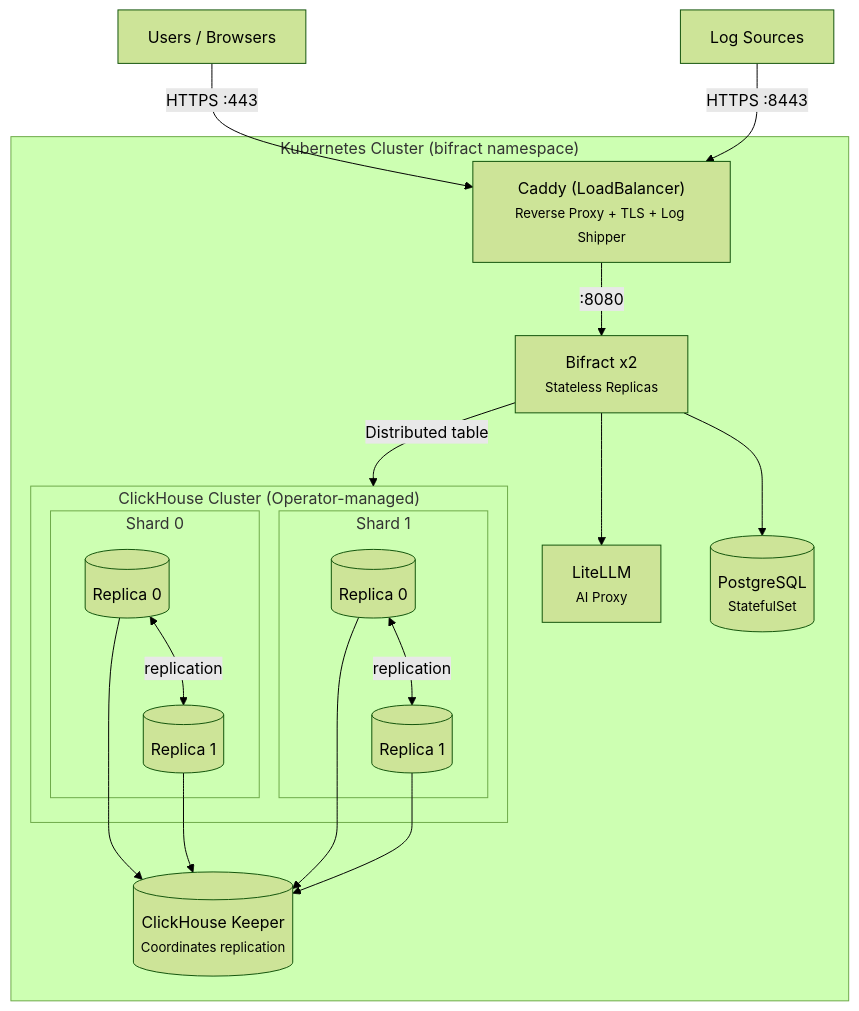
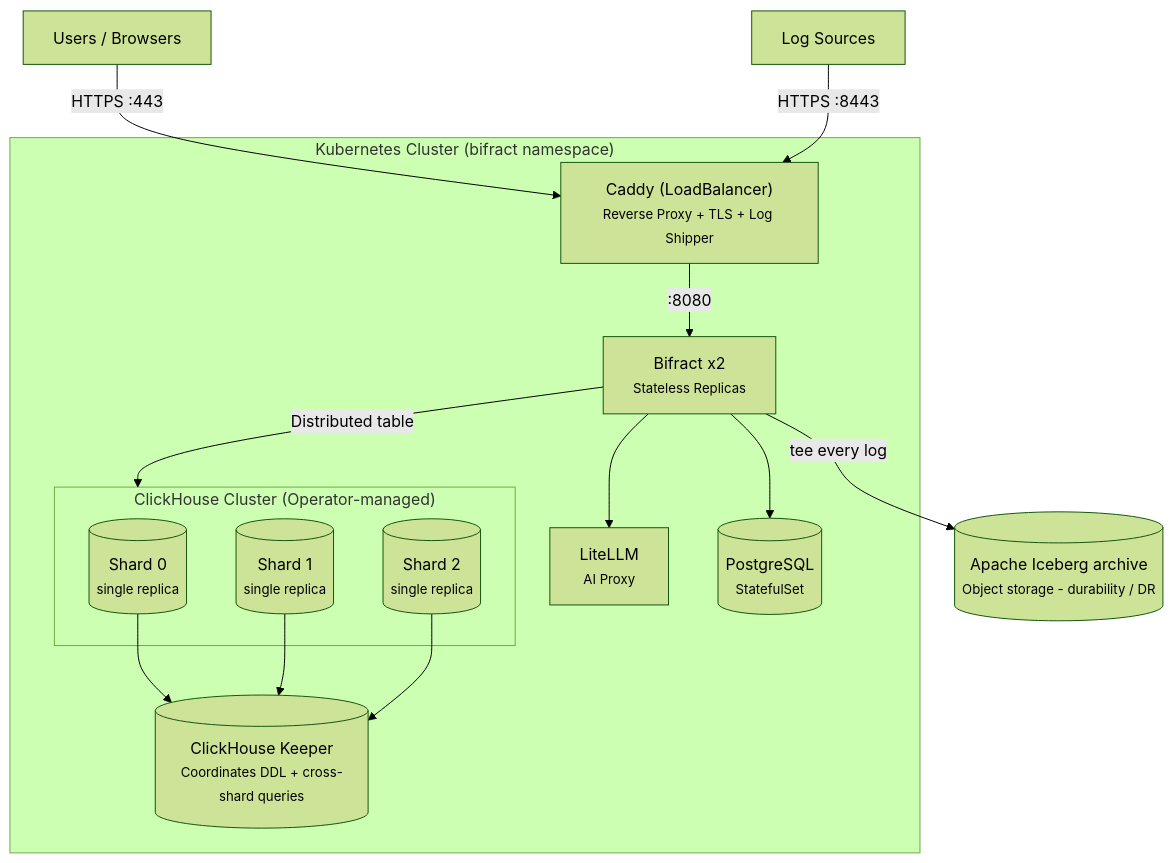
Before and after one commit to zaneGittins/bifract: the diagram in docs/getting-started/kubernetes.md, drawn with Mermaid (forest theme). The commit also changed other lines of this file and 99 other files, not shown here.

Commit message:
Schema changes from raw_log to norm_log, and apache iceberg/parquet to object storage for DR

````diff
--- a/docs/getting-started/kubernetes.md
+++ b/docs/getting-started/kubernetes.md
@@ -16,35 +16,31 @@
 ```mermaid
 graph TB
     users["Users / Browsers"]
     sources["Log Sources"]
 
     subgraph k8s ["Kubernetes Cluster (bifract namespace)"]
         caddy["Caddy (LoadBalancer)<br/><small>Reverse Proxy + TLS + Log Shipper</small>"]
         bifract["Bifract x2<br/><small>Stateless Replicas</small>"]
         litellm["LiteLLM<br/><small>AI Proxy</small>"]
         pg[("PostgreSQL<br/><small>StatefulSet</small>")]
 
         subgraph ch ["ClickHouse Cluster (Operator-managed)"]
-            subgraph shard0 ["Shard 0"]
-                ch0r0[("Replica 0")]
-                ch0r1[("Replica 1")]
-            end
-            subgraph shard1 ["Shard 1"]
-                ch1r0[("Replica 0")]
-                ch1r1[("Replica 1")]
-            end
+            shard0[("Shard 0<br/><small>single replica</small>")]
+            shard1[("Shard 1<br/><small>single replica</small>")]
+            shard2[("Shard 2<br/><small>single replica</small>")]
         end
 
-        keeper[("ClickHouse Keeper<br/><small>Coordinates replication</small>")]
+        keeper[("ClickHouse Keeper<br/><small>Coordinates DDL + cross-shard queries</small>")]
     end
+
+    iceberg[("Apache Iceberg archive<br/><small>Object storage - durability / DR</small>")]
 
     users -->|"HTTPS :443"| caddy
     sources -->|"HTTPS :8443"| caddy
     caddy -->|":8080"| bifract
     bifract --> pg
     bifract -->|"Distributed table"| ch
+    bifract -->|"tee every log"| iceberg
     bifract --> litellm
-    ch0r0 <-->|"replication"| ch0r1
-    ch1r0 <-->|"replication"| ch1r1
-    ch0r0 & ch0r1 & ch1r0 & ch1r1 --> keeper
+    shard0 & shard1 & shard2 --> keeper
 ```
````
